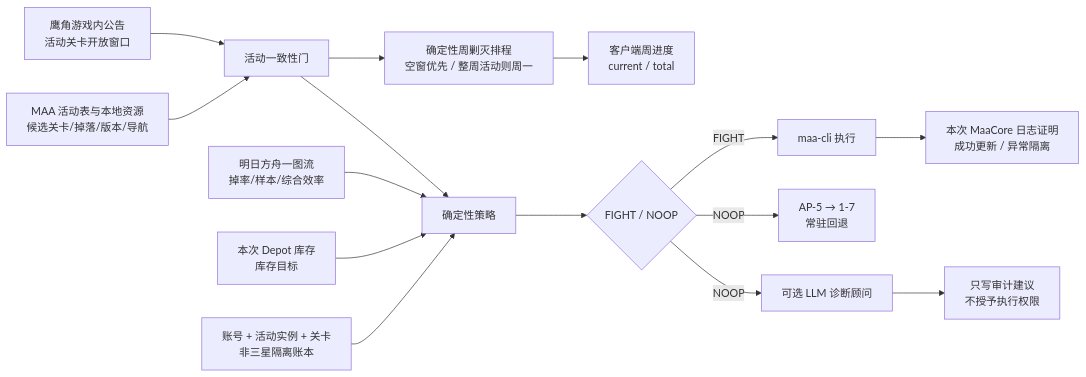
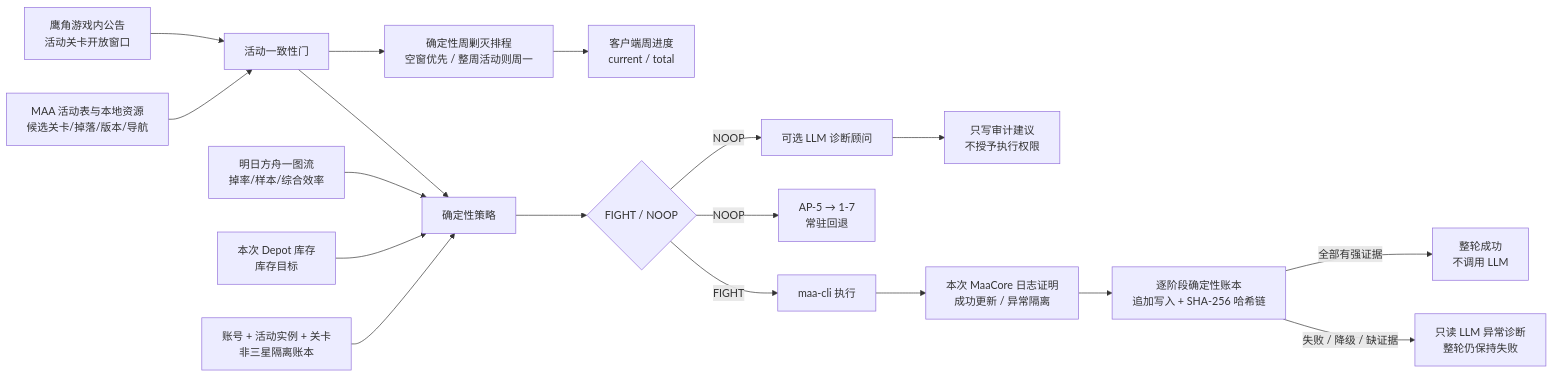
Before and after one commit to Pzzzzz5142/ZOOTd: the diagram in README.md, drawn with Mermaid. The commit also changed other lines of this file and 11 other files, not shown here.

````diff
--- a/README.md
+++ b/README.md
@@ -13,17 +13,20 @@
 ```mermaid
 flowchart LR
     O[鹰角游戏内公告<br/>活动关卡开放窗口] --> G[活动一致性门]
     M[MAA 活动表与本地资源<br/>候选关卡/掉落/版本/导航] --> G
     G --> P[确定性策略]
     Y[明日方舟一图流<br/>掉率/样本/综合效率] --> P
     I[本次 Depot 库存<br/>库存目标] --> P
     C[账号 + 活动实例 + 关卡<br/>非三星隔离账本] --> P
     G --> W[确定性周剿灭排程<br/>空窗优先 / 整周活动则周一]
     W --> X[客户端周进度<br/>current / total]
     P --> D{FIGHT / NOOP}
     D -->|FIGHT| E[maa-cli 执行]
     D -->|NOOP| F[AP-5 → 1-7<br/>常驻回退]
     D -->|NOOP| A[可选 LLM 诊断顾问]
     A --> R[只写审计建议<br/>不授予执行权限]
     E --> Q[本次 MaaCore 日志证明<br/>成功更新 / 异常隔离]
+    Q --> S[逐阶段确定性账本<br/>追加写入 + SHA-256 哈希链]
+    S -->|全部有强证据| Z[整轮成功<br/>不调用 LLM]
+    S -->|失败 / 降级 / 缺证据| L[只读 LLM 异常诊断<br/>整轮仍保持失败]
 ```
````
